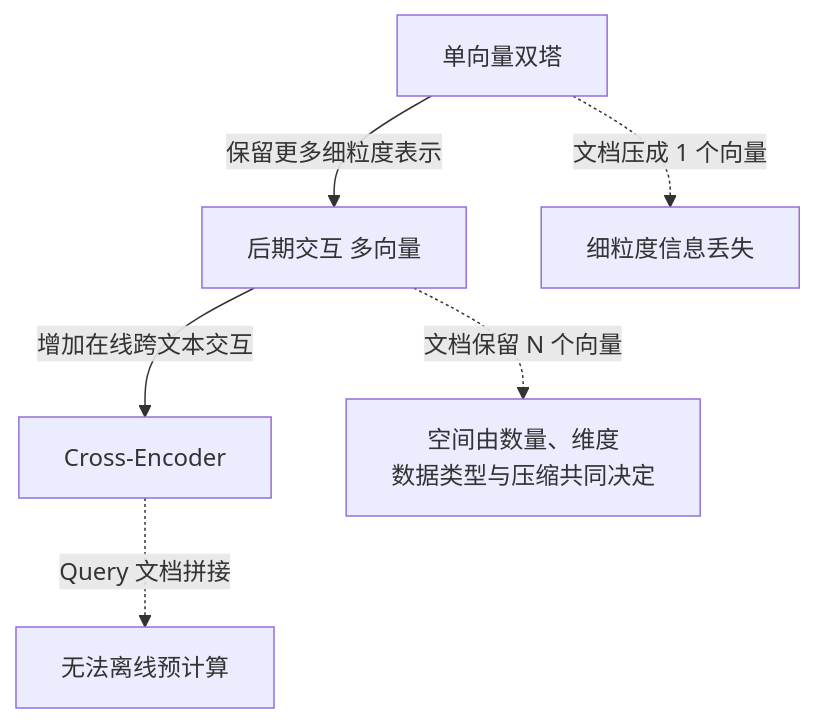
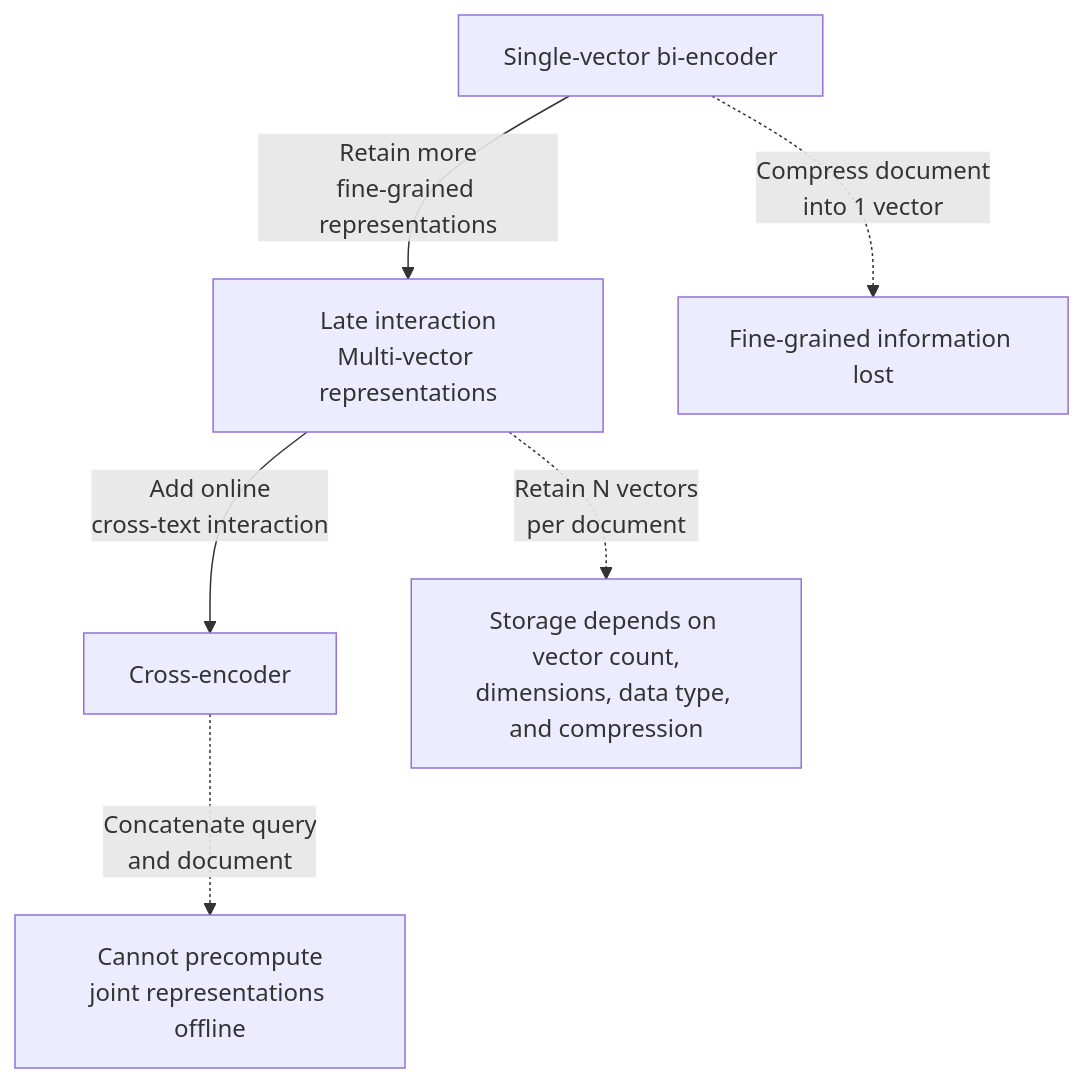
The third of 3 diagrams in docs/rag/02-ingestion-indexing/06-embedding-principles.md (oneleaveknowsthefall/awesome-ai-roadmap), drawn with Mermaid before and after one commit. The commit also changed other lines of this file and 60 other files, not shown here.

````diff
--- a/docs/rag/02-ingestion-indexing/06-embedding-principles.md
+++ b/docs/rag/02-ingestion-indexing/06-embedding-principles.md
@@ -119,8 +119,8 @@
 ```mermaid
 flowchart TB
-    A[单向量双塔] -->|保留更多细粒度表示| B[后期交互 多向量]
-    B -->|增加在线跨文本交互| C[Cross-Encoder]
-    A -.->|文档压成 1 个向量| A1[细粒度信息丢失]
-    B -.->|文档保留 N 个向量| B1[空间由数量、维度<br/>数据类型与压缩共同决定]
-    C -.->|Query 文档拼接| C1[无法离线预计算]
+    A[Single-vector bi-encoder] -->|Retain more<br/>fine-grained representations| B[Late interaction<br/>Multi-vector representations]
+    B -->|Add online<br/>cross-text interaction| C[Cross-encoder]
+    A -.->|Compress document<br/>into 1 vector| A1[Fine-grained information lost]
+    B -.->|Retain N vectors<br/>per document| B1[Storage depends on vector count,<br/>dimensions, data type, and compression]
+    C -.->|Concatenate query<br/>and document| C1[Cannot precompute<br/>joint representations offline]
 ```
````
